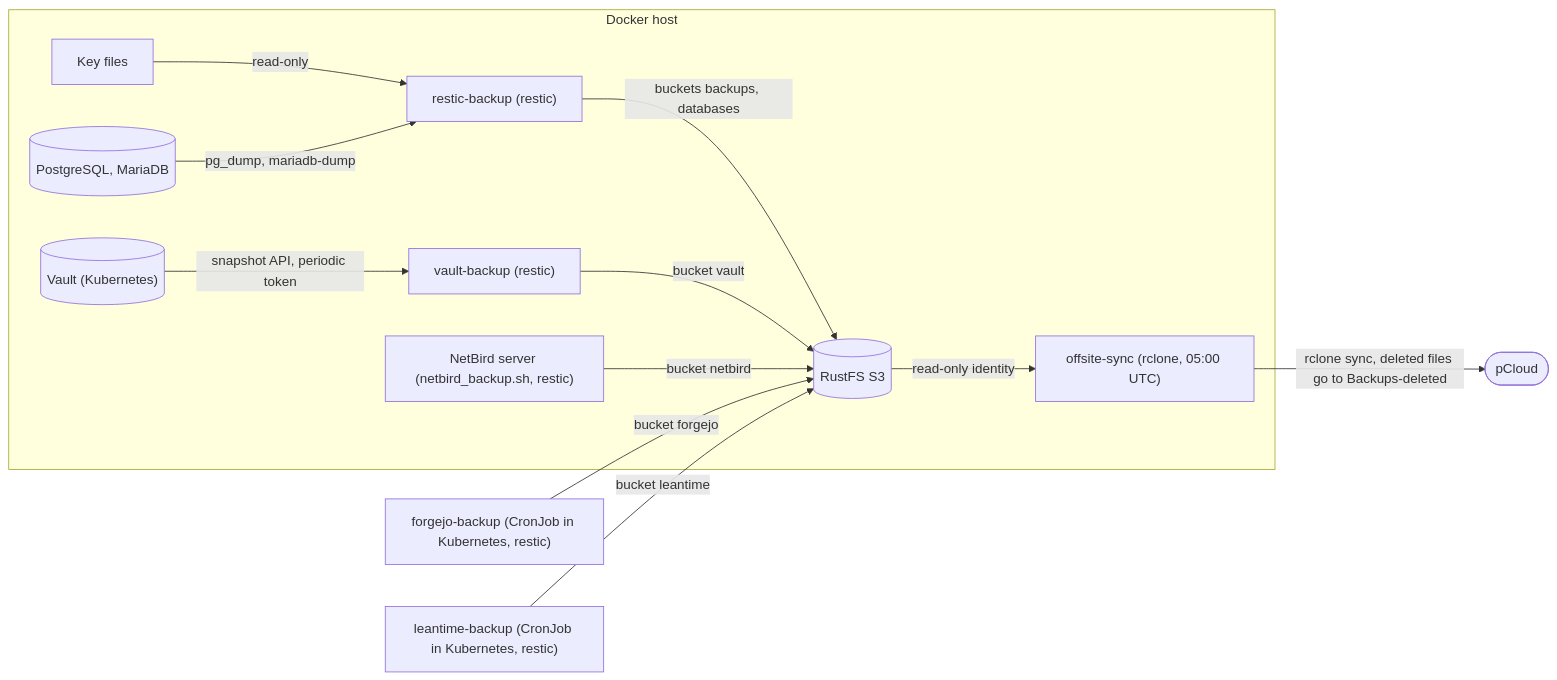
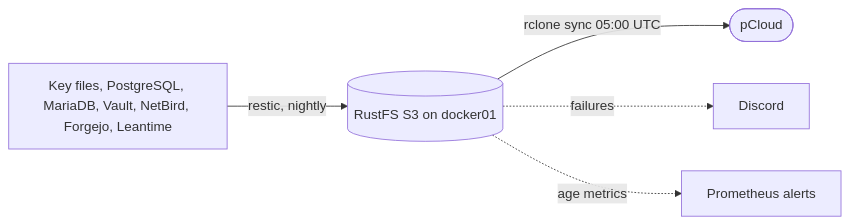
The fourth of 4 diagrams in README.md (ToXiCCuss/gitops), drawn with Mermaid before and after one commit. The commit also changed other lines of this file and 39 other files, not shown here.

First line of the commit message:
docs: restructure the README into an overview with diagrams and docs per topic

````diff
--- a/README.md
+++ b/README.md
@@ -287,16 +107,7 @@
 ```mermaid
 flowchart LR
-  vault[("Vault (Kubernetes)")]
-  subgraph host["Docker host"]
-    vault -->|"snapshot API, periodic token"| vaultbackup["vault-backup (restic)"]
-    keys["Key files"] -->|read-only| resticbackup["restic-backup (restic)"]
-    pg[("PostgreSQL, MariaDB")] -->|"pg_dump, mariadb-dump"| resticbackup
-    resticbackup -->|"buckets backups, databases"| s3[("RustFS S3")]
-    vaultbackup -->|bucket vault| s3
-    netbird["NetBird server (netbird_backup.sh, restic)"] -->|bucket netbird| s3
-    s3 -->|read-only identity| sync["offsite-sync (rclone, 05:00 UTC)"]
-  end
-  forgejobackup["forgejo-backup (CronJob in Kubernetes, restic)"] -->|bucket forgejo| s3
-  leantimebackup["leantime-backup (CronJob in Kubernetes, restic)"] -->|bucket leantime| s3
-  sync -->|"rclone sync, deleted files go to Backups-deleted"| pcloud(["pCloud"])
+  src["Key files, PostgreSQL, MariaDB, Vault, NetBird, Forgejo, Leantime"] -->|"restic, nightly"| s3[("RustFS S3 on docker01")]
+  s3 -->|"rclone sync 05:00 UTC"| pcloud(["pCloud"])
+  s3 -.->|"failures"| discord["Discord"]
+  s3 -.->|"age metrics"| prom["Prometheus alerts"]
 ```
````
